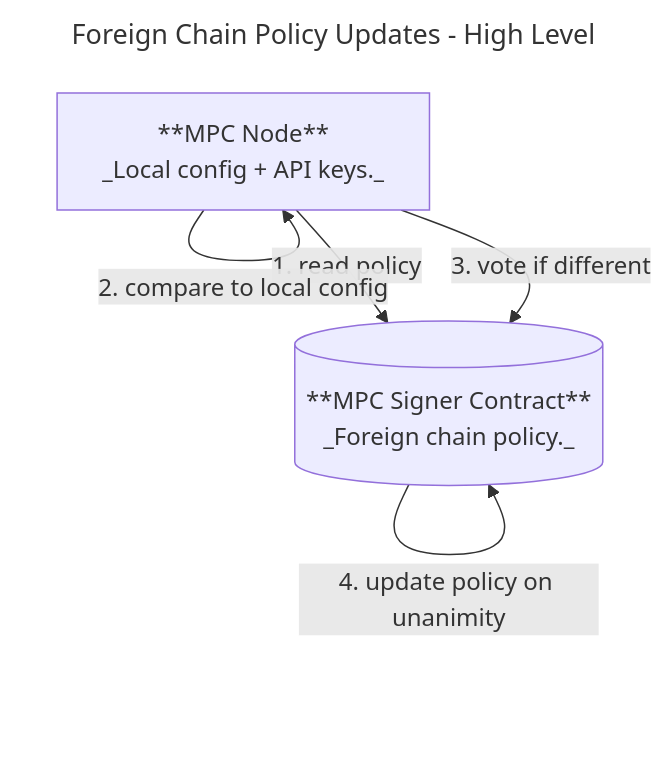
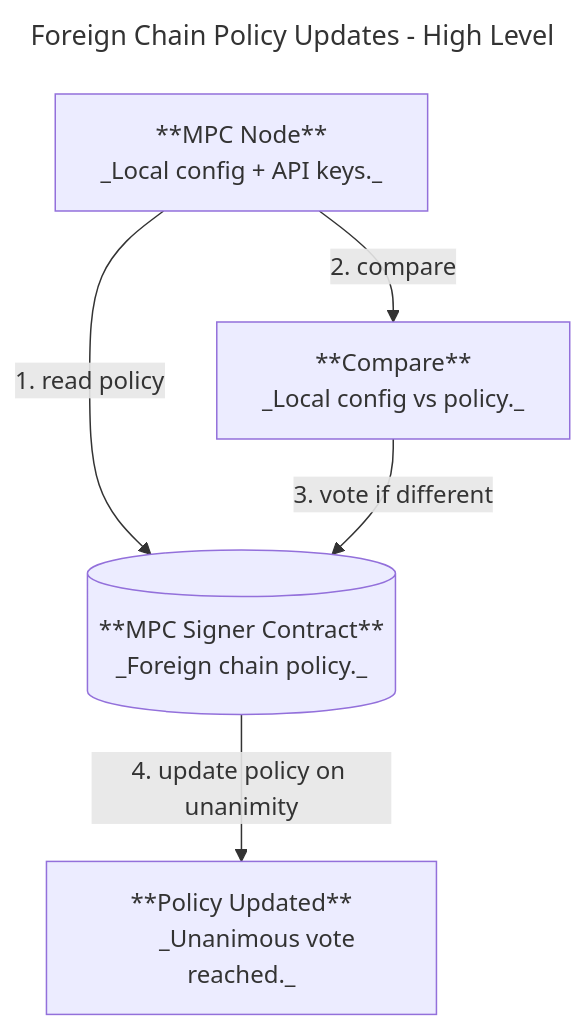
The second of 2 diagrams in docs/foreign_chain_transactions.md (near/mpc), drawn with Mermaid before and after one commit. The commit also changed other lines of this file, not shown here.

Commit message:
Further simplify charts

````diff
--- a/docs/foreign_chain_transactions.md
+++ b/docs/foreign_chain_transactions.md
@@ -106,19 +74,27 @@
 ```mermaid
 ---
 title: Foreign Chain Policy Updates - High Level
 ---
 flowchart TD
     NODE["**MPC Node**
       _Local config + API keys._"]
 
     SC["**MPC Signer Contract**
       _Foreign chain policy._"]
 
+    COMP["**Compare**
+      _Local config vs policy._"]
+
+    UPDATED["**Policy Updated**
+      _Unanimous vote reached._"]
+
     NODE -->|"1. read policy"| SC
-    NODE -->|"2. compare to local config"| NODE
-    NODE -->|"3. vote if different"| SC
-    SC -->|"4. update policy on unanimity"| SC
+    NODE -->|"2. compare"| COMP
+    COMP -->|"3. vote if different"| SC
+    SC -->|"4. update policy on unanimity"| UPDATED
 
     NODE@{ shape: proc}
     SC@{ shape: db}
+    COMP@{ shape: proc}
+    UPDATED@{ shape: proc}
 ```
````
